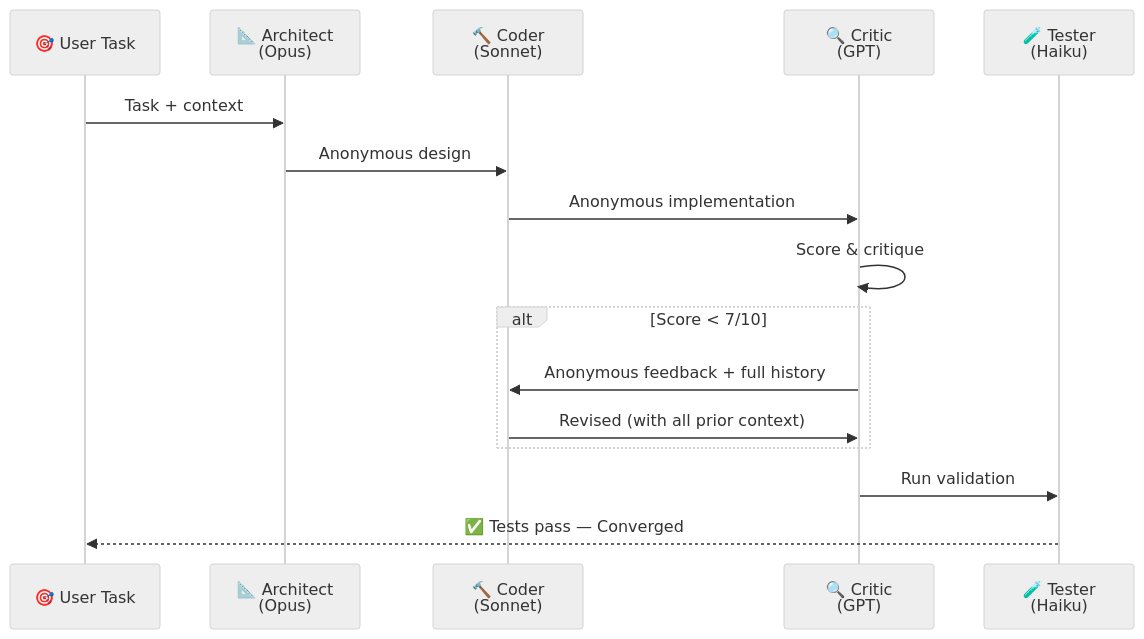
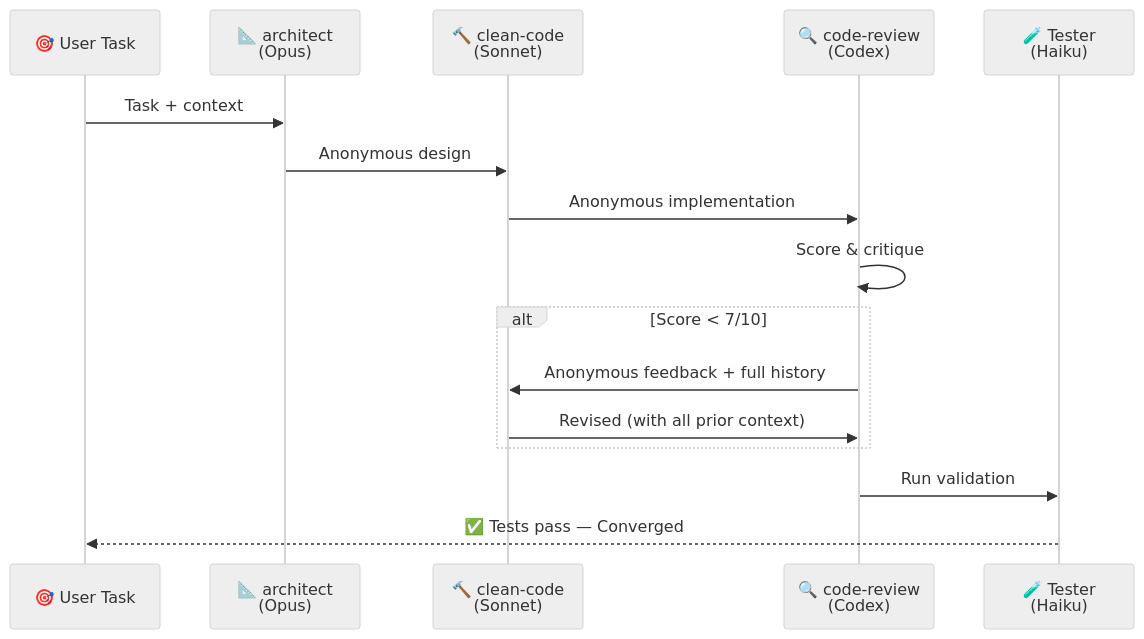
The fourth of 6 diagrams in README.md (schwarztim/open-swarm), drawn with Mermaid (neutral theme) before and after one commit. The commit also changed other lines of this file and 1 other file, not shown here.

````diff
--- a/README.md
+++ b/README.md
@@ -157,21 +191,21 @@
 ```mermaid
 sequenceDiagram
     participant U as 🎯 User Task
-    participant A as 📐 Architect<br/>(Opus)
-    participant C as 🔨 Coder<br/>(Sonnet)
-    participant R as 🔍 Critic<br/>(GPT)
+    participant A as 📐 architect<br/>(Opus)
+    participant C as 🔨 clean-code<br/>(Sonnet)
+    participant R as 🔍 code-review<br/>(Codex)
     participant T as 🧪 Tester<br/>(Haiku)
     
     U->>A: Task + context
     A->>C: Anonymous design
     C->>R: Anonymous implementation
     R->>R: Score & critique
     
     alt Score < 7/10
         R->>C: Anonymous feedback + full history
         C->>R: Revised (with all prior context)
     end
     
     R->>T: Run validation
     T-->>U: ✅ Tests pass — Converged
 ```
````
